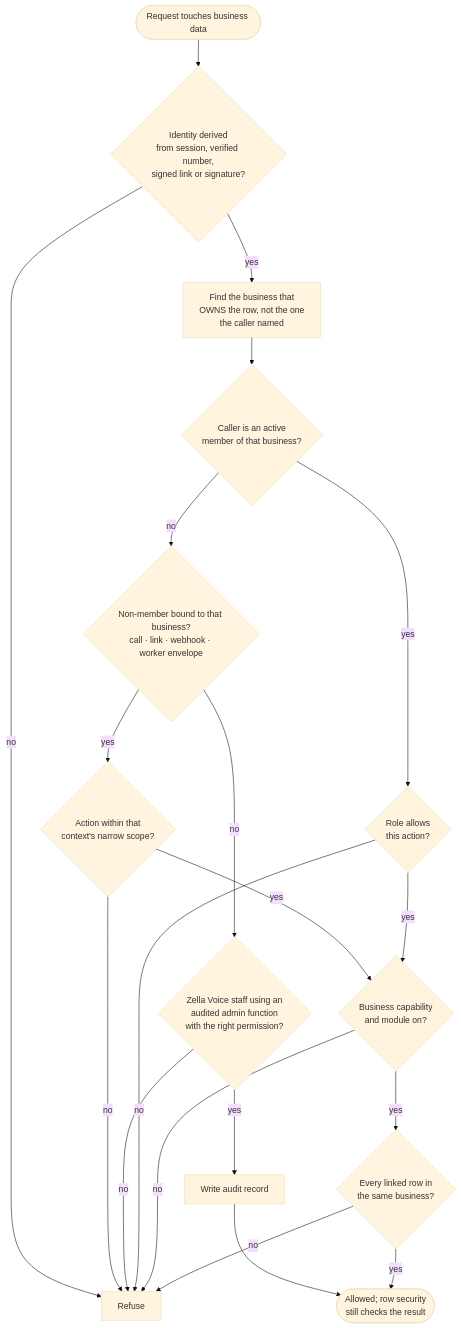
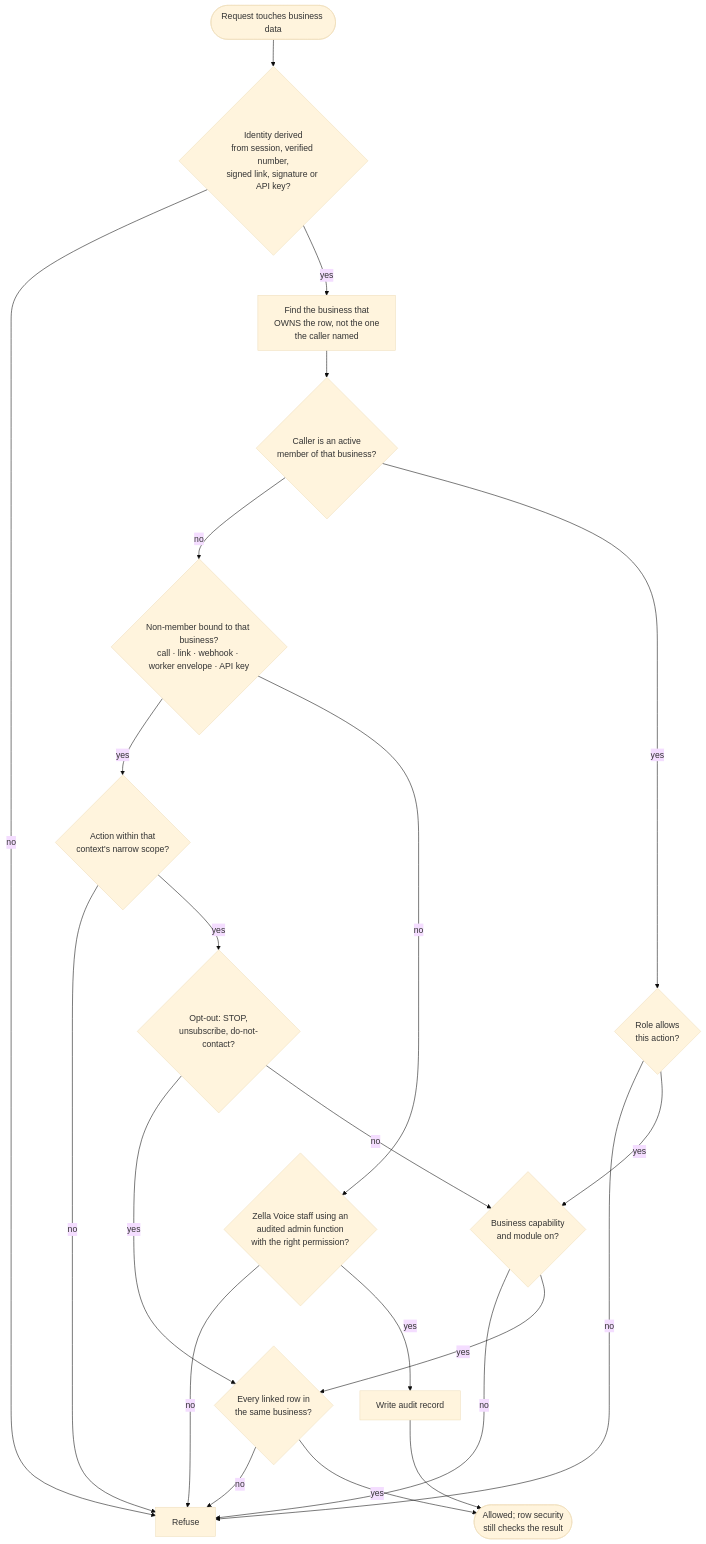
The fifth of 15 diagrams in ZELLA_VOICE_RULES.md (singhdhruv525-source/Zella-AI), drawn with Mermaid (base theme) before and after one commit. The commit also changed other lines of this file and 1 other file, not shown here.

````diff
--- a/ZELLA_VOICE_RULES.md
+++ b/ZELLA_VOICE_RULES.md
@@ -214,21 +216,23 @@
 ```mermaid
 flowchart TD
-  r([Request touches business data]) --> id{Identity derived<br/>from session, verified number,<br/>signed link or signature?}
+  r([Request touches business data]) --> id{Identity derived<br/>from session, verified number,<br/>signed link, signature or API key?}
   id -- no --> x[Refuse]
   id -- yes --> row[Find the business that<br/>OWNS the row, not the one<br/>the caller named]
   row --> mem{Caller is an active<br/>member of that business?}
-  mem -- no --> nm{Non-member bound to that business?<br/>call · link · webhook · worker envelope}
+  mem -- no --> nm{Non-member bound to that business?<br/>call · link · webhook · worker envelope · API key}
   nm -- yes --> scope{Action within that<br/>context's narrow scope?}
   scope -- no --> x
-  scope -- yes --> cap
+  scope -- yes --> optq{Opt-out: STOP,<br/>unsubscribe, do-not-contact?}
+  optq -- yes --> link
+  optq -- no --> cap
   nm -- no --> adm{Zella Voice staff using an<br/>audited admin function<br/>with the right permission?}
   adm -- no --> x
   adm -- yes --> audit[Write audit record] --> ok
   mem -- yes --> role{Role allows<br/>this action?}
   role -- no --> x
   role -- yes --> cap{Business capability<br/>and module on?}
   cap -- no --> x
   cap -- yes --> link{Every linked row in<br/>the same business?}
   link -- no --> x
   link -- yes --> ok([Allowed; row security<br/>still checks the result])
 ```
````
